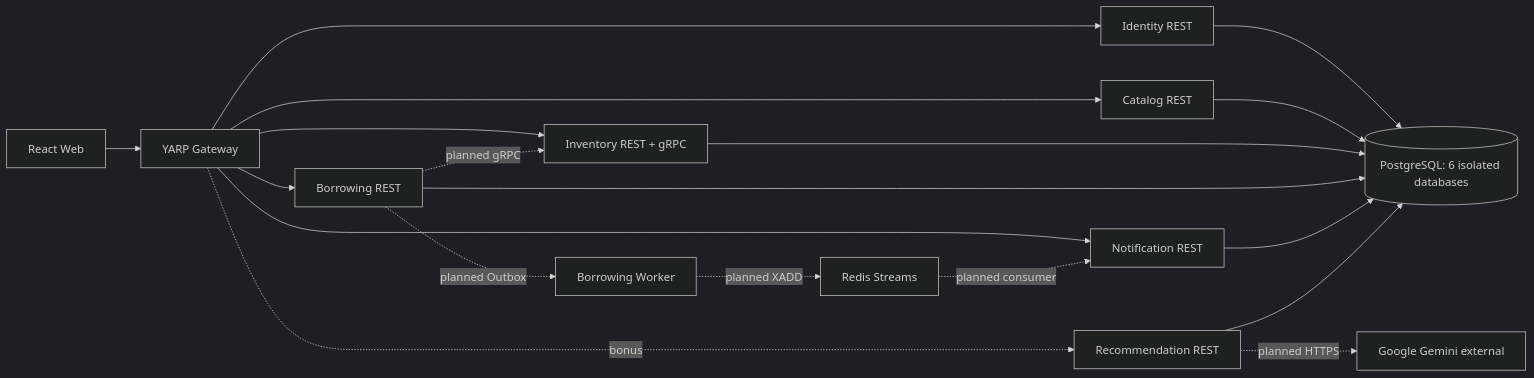
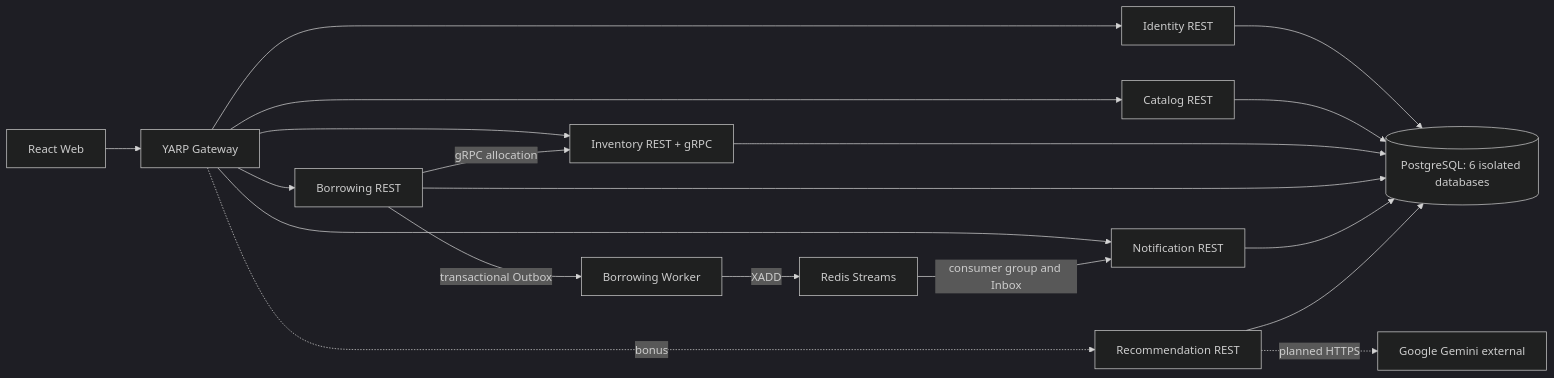
One commit to NguyenNhuDai05/lablend-ai changed the diagram in README.md. Above: the diagram before and after it, drawn with Mermaid (dark theme). The commit also changed other lines of this file and 26 other files, not shown here.

````diff
--- a/README.md
+++ b/README.md
@@ -22,22 +22,22 @@
 ```mermaid
 flowchart LR
   Web[React Web] --> Gateway[YARP Gateway]
   Gateway --> Identity[Identity REST]
   Gateway --> Catalog[Catalog REST]
   Gateway --> Borrowing[Borrowing REST]
   Gateway --> Inventory[Inventory REST + gRPC]
   Gateway --> Notification[Notification REST]
   Gateway -. bonus .-> Recommendation[Recommendation REST]
-  Borrowing -. planned gRPC .-> Inventory
-  Borrowing -. planned Outbox .-> Worker[Borrowing Worker]
-  Worker -. planned XADD .-> Redis[Redis Streams]
-  Redis -. planned consumer .-> Notification
+  Borrowing -->|gRPC allocation| Inventory
+  Borrowing -->|transactional Outbox| Worker[Borrowing Worker]
+  Worker -->|XADD| Redis[Redis Streams]
+  Redis -->|consumer group and Inbox| Notification
   Recommendation -. planned HTTPS .-> Gemini[Google Gemini external]
   DB[(PostgreSQL: 6 isolated databases)]
   Identity --> DB
   Catalog --> DB
   Inventory --> DB
   Borrowing --> DB
   Notification --> DB
   Recommendation --> DB
 ```
````
